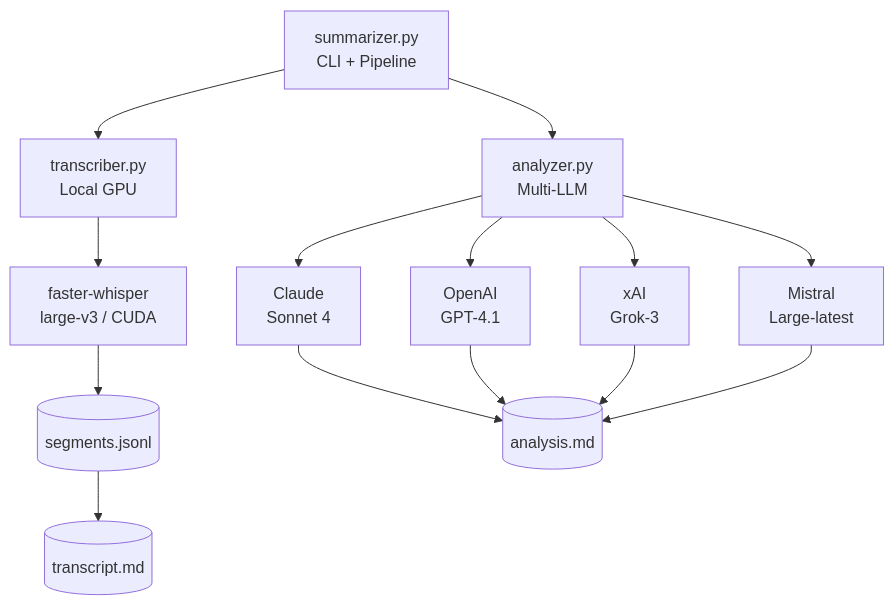
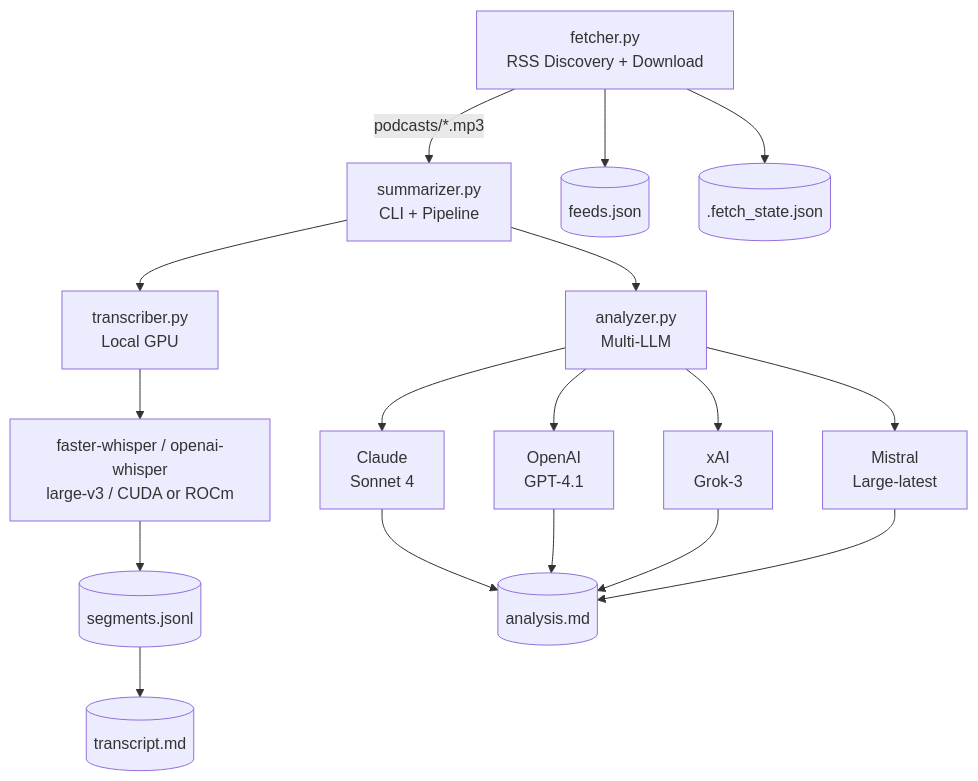
Before and after one commit to rondilley/podcastorum: the first of 7 diagrams in doc/ARCHITECTURE.md, drawn with Mermaid. The commit also changed other lines of this file and 7 other files, not shown here.

````diff
--- a/doc/ARCHITECTURE.md
+++ b/doc/ARCHITECTURE.md
@@ -5,13 +5,16 @@
 ```mermaid
 graph TD
+    Z[fetcher.py<br/>RSS Discovery + Download] -->|podcasts/*.mp3| A
     A[summarizer.py<br/>CLI + Pipeline] --> B[transcriber.py<br/>Local GPU]
     A --> C[analyzer.py<br/>Multi-LLM]
-    B --> D[faster-whisper<br/>large-v3 / CUDA]
+    B --> D[faster-whisper / openai-whisper<br/>large-v3 / CUDA or ROCm]
     C --> E[Claude<br/>Sonnet 4]
     C --> F[OpenAI<br/>GPT-4.1]
     C --> G[xAI<br/>Grok-3]
     C --> H[Mistral<br/>Large-latest]
+    Z --> Y[(feeds.json)]
+    Z --> X[(.fetch_state.json)]
     D --> I[(segments.jsonl)]
     I --> J[(transcript.md)]
     E & F & G & H --> K[(analysis.md)]
 ```
````
